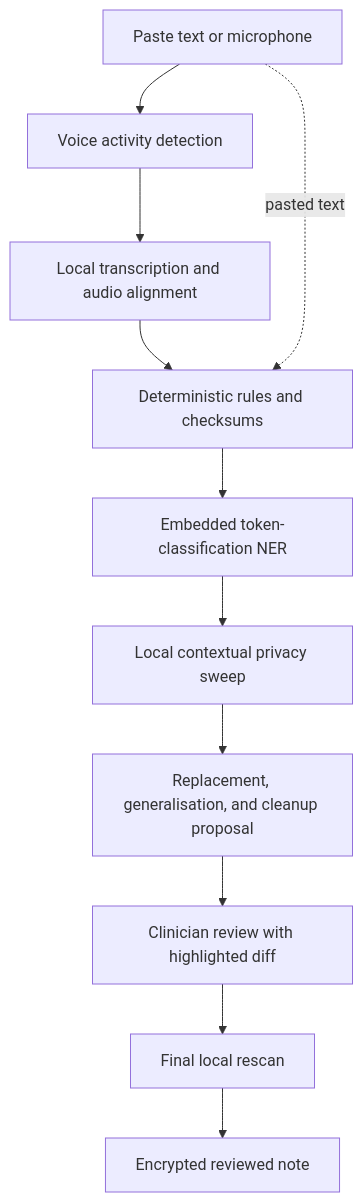
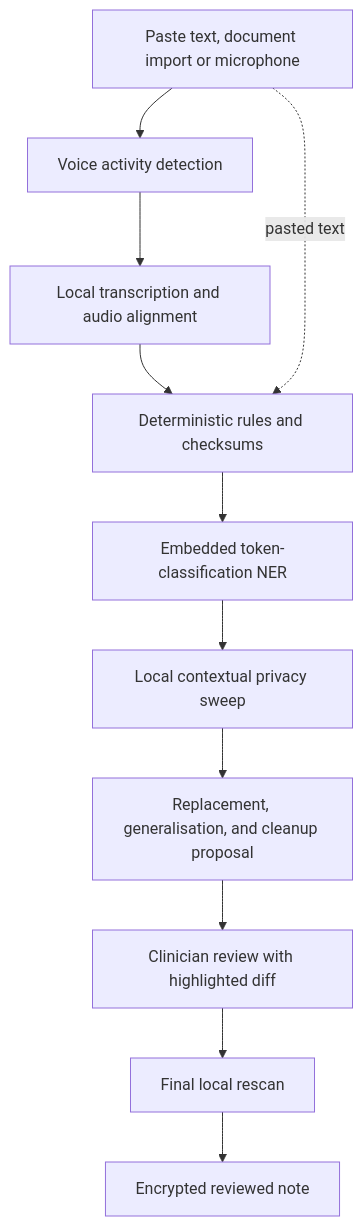
Before and after one commit to simonjamesrowe/clinical-privacy-gateway: the diagram in docs/architecture/processing-pipeline.md, drawn with Mermaid. The commit also changed other lines of this file and 47 other files, not shown here.

````diff
--- a/docs/architecture/processing-pipeline.md
+++ b/docs/architecture/processing-pipeline.md
@@ -5,16 +5,16 @@
 ```mermaid
 flowchart TD
-    INPUT[Paste text or microphone]
+    INPUT[Paste text, document import or microphone]
     VAD[Voice activity detection]
     ASR[Local transcription and audio alignment]
     RULES[Deterministic rules and checksums]
     NER[Embedded token-classification NER]
     SWEEP[Local contextual privacy sweep]
     TRANSFORM[Replacement, generalisation, and cleanup proposal]
     REVIEW[Clinician review with highlighted diff]
     CHECK[Final local rescan]
     STORE[Encrypted reviewed note]
 
     INPUT --> VAD --> ASR --> RULES --> NER --> SWEEP --> TRANSFORM --> REVIEW --> CHECK --> STORE
     INPUT -. pasted text .-> RULES
 ```
````
